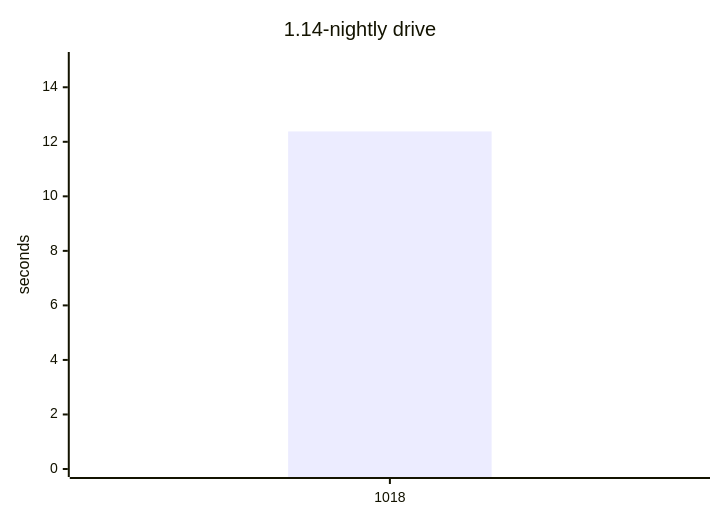
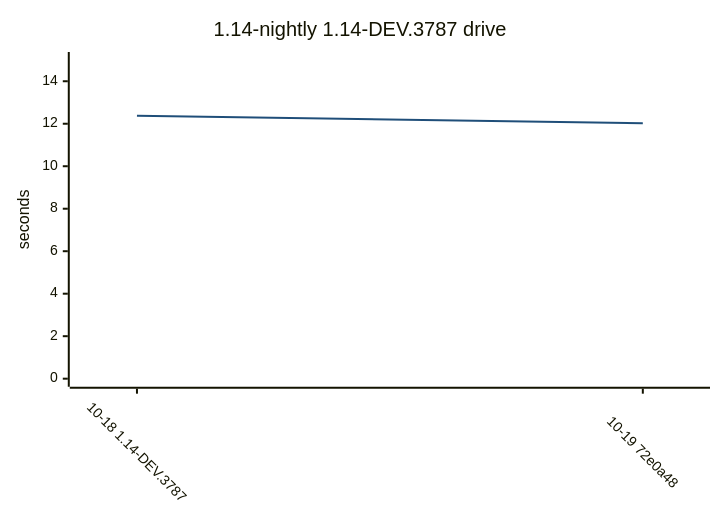
One commit to yamanori99/DistSSHKit.jl changed the eighth of 12 diagrams in README.md. Above: the diagram before and after it, drawn with Mermaid. The commit also changed other lines of this file and 1 other file, not shown here.

Commit message:
Record compile bench for 1.14-nightly.

````diff
--- a/README.md
+++ b/README.md
@@ -192,7 +262,17 @@
 ```mermaid
+---
+config:
+  theme: base
+  themeVariables:
+    xyChart:
+      plotColorPalette: "#1f4e79"
+  xyChart:
+    xAxis:
+      labelRotation: 45
+---
 xychart-beta
-    title "1.14-nightly drive"
-    x-axis ["1018"]
+    title "1.14-nightly 1.14-DEV.3787 drive"
+    x-axis ["10-18 1.14-DEV.3787", "10-19 72e0a48"]
     y-axis "seconds" 0 --> 15
-    bar [12.38]
+    line [12.38, 12.02]
 ```
````
